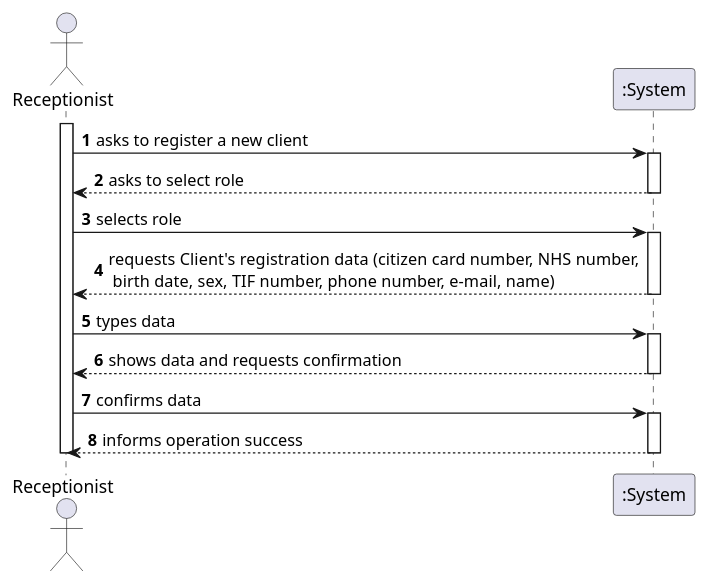
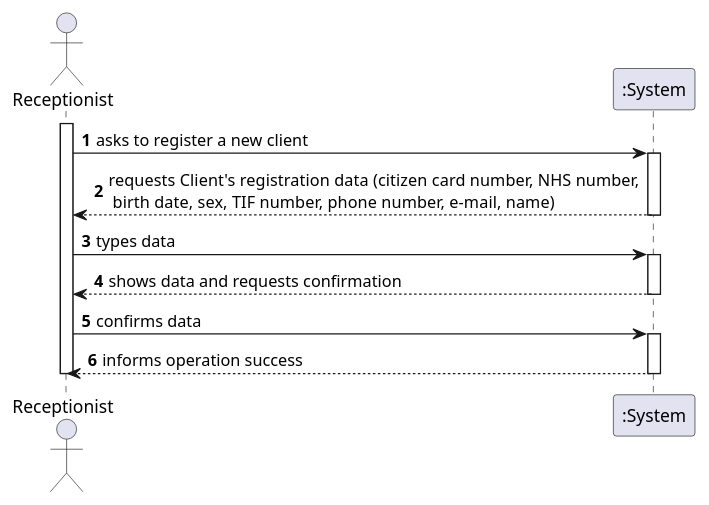
The diagram in docs/SprintB/US03/US3_SSD.puml (MarianaCLages/LAPR2), drawn with PlantUML before and after one commit. The commit also changed 16 other files, not shown here.

```diff
--- a/docs/SprintB/US03/US3_SSD.puml
+++ b/docs/SprintB/US03/US3_SSD.puml
@@ -1,26 +1,22 @@
 @startuml
 autonumber
 
 actor Receptionist as R
 participant ":System" as S
 
 activate R
 R -> S: asks to register a new client
-activate S
-S --> R: asks to select role
-deactivate S
-R -> S: selects role
 activate S
 S --> R: requests Client's registration data (citizen card number, NHS number,\n birth date, sex, TIF number, phone number, e-mail, name)
 deactivate S
 R -> S: types data
 activate S
 R <-- S: shows data and requests confirmation
 deactivate S
 R -> S: confirms data
 activate S
 S --> R : informs operation success
 deactivate S
 deactivate R
 
 @enduml
```
